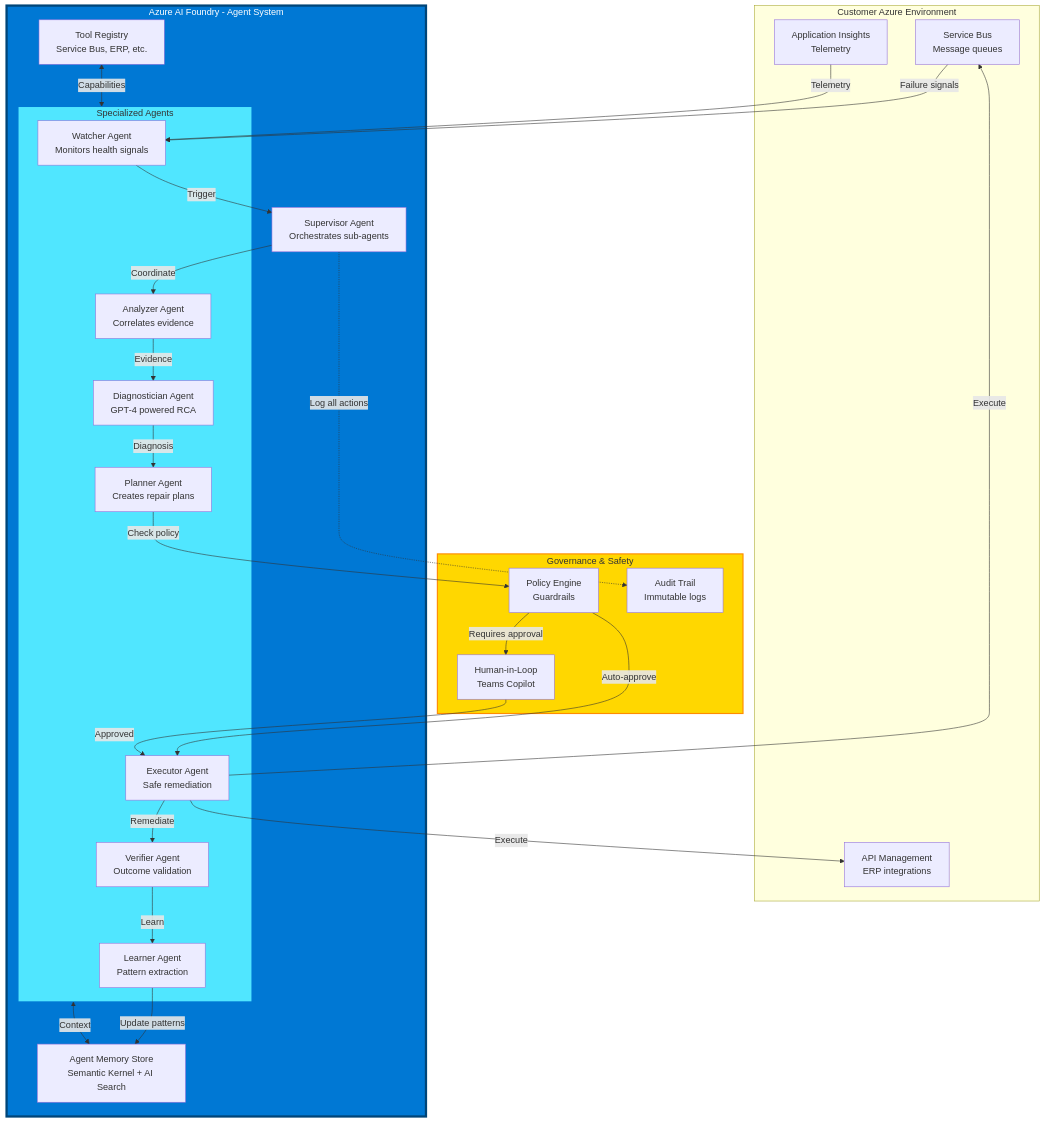
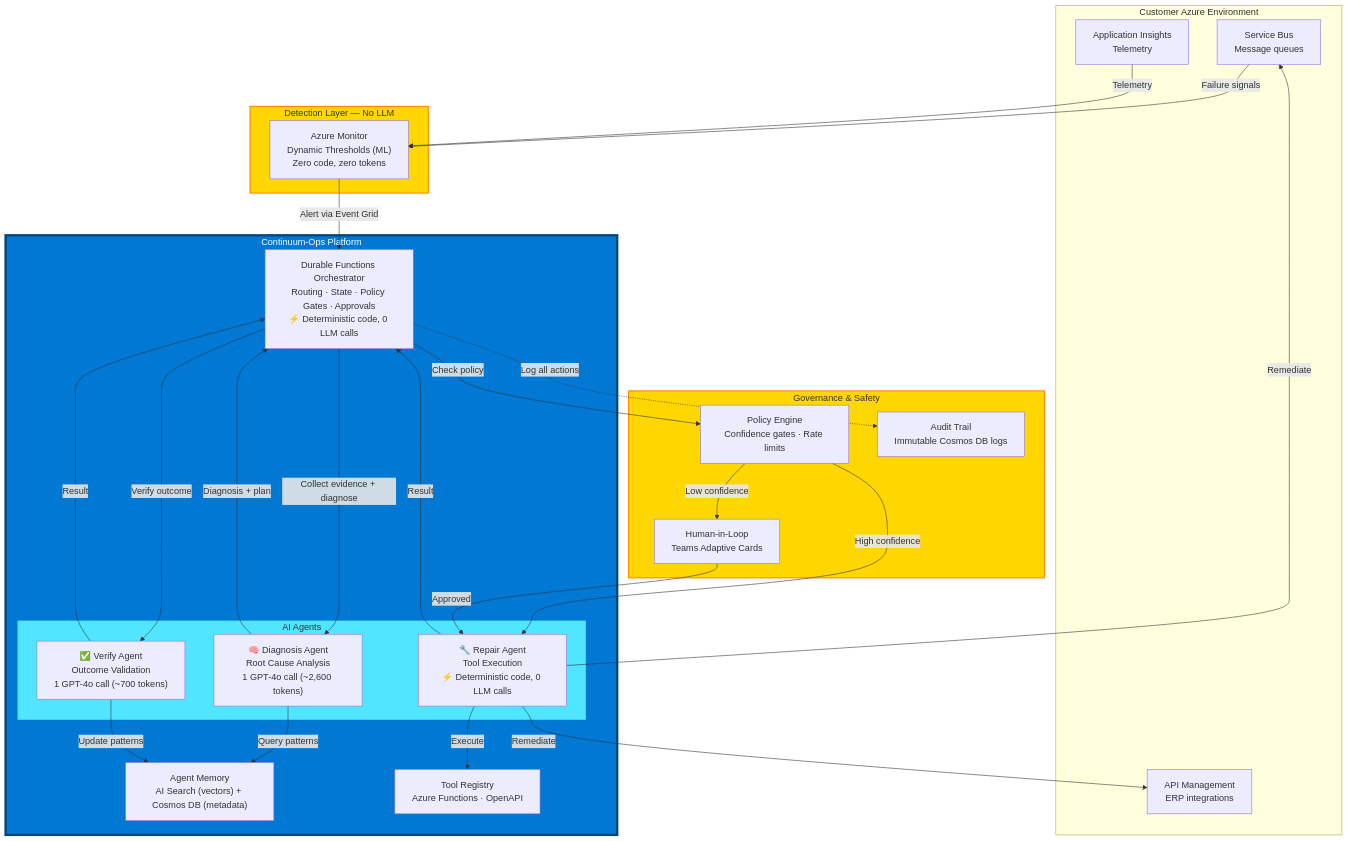
The third of 6 diagrams in docs/00-Product-Overview.md (mayankgupta7673/Continuum-Ops), drawn with Mermaid before and after one commit. The commit also changed other lines of this file and 6 other files, not shown here.

Commit message:
Fixed architecture issues and add justifications

````diff
--- a/docs/00-Product-Overview.md
+++ b/docs/00-Product-Overview.md
@@ -88,58 +89,60 @@
 ```mermaid
 graph TB
     subgraph CustomerEnvironment[Customer Azure Environment]
         SERVICEBUS[Service Bus<br/>Message queues]
         APIM[API Management<br/>ERP integrations]
         APPINSIGHTS[Application Insights<br/>Telemetry]
     end
     
-    subgraph AIFoundryAgents[Azure AI Foundry - Agent System]
-        SUPERVISOR["Supervisor Agent<br/>Orchestrates sub-agents"]
+    subgraph Detection[Detection Layer — No LLM]
+        AZMON["Azure Monitor<br/>Dynamic Thresholds (ML)<br/>Zero code, zero tokens"]
+    end
+    
+    subgraph Platform[Continuum-Ops Platform]
+        ORCH["Durable Functions Orchestrator<br/>Routing · State · Policy Gates · Approvals<br/>⚡ Deterministic code, 0 LLM calls"]
         
-        subgraph SpecializedAgents[Specialized Agents]
-            WATCHER["Watcher Agent<br/>Monitors health signals"]
-            ANALYZER["Analyzer Agent<br/>Correlates evidence"]
-            DIAGNOSTICIAN["Diagnostician Agent<br/>GPT-4 powered RCA"]
-            PLANNER["Planner Agent<br/>Creates repair plans"]
-            EXECUTOR["Executor Agent<br/>Safe remediation"]
-            VERIFIER["Verifier Agent<br/>Outcome validation"]
-            LEARNER["Learner Agent<br/>Pattern extraction"]
+        subgraph Agents[AI Agents]
+            DIAG["🧠 Diagnosis Agent<br/>Root Cause Analysis<br/>1 GPT-4o call (~2,600 tokens)"]
+            REPAIR["🔧 Repair Agent<br/>Tool Execution<br/>⚡ Deterministic code, 0 LLM calls"]
+            VERIFY["✅ Verify Agent<br/>Outcome Validation<br/>1 GPT-4o call (~700 tokens)"]
         end
         
-        MEMORY["Agent Memory Store<br/>Semantic Kernel + AI Search"]
-        TOOLS["Tool Registry<br/>Service Bus, ERP, etc."]
+        MEMORY["Agent Memory<br/>AI Search (vectors) + Cosmos DB (metadata)"]
+        TOOLS["Tool Registry<br/>Azure Functions · OpenAPI"]
     end
     
     subgraph Governance[Governance & Safety]
-        POLICY["Policy Engine<br/>Guardrails"]
-        APPROVAL["Human-in-Loop<br/>Teams Copilot"]
-        AUDIT["Audit Trail<br/>Immutable logs"]
+        POLICY["Policy Engine<br/>Confidence gates · Rate limits"]
+        APPROVAL["Human-in-Loop<br/>Teams Adaptive Cards"]
+        AUDIT["Audit Trail<br/>Immutable Cosmos DB logs"]
     end
     
-    SERVICEBUS -->|Failure signals| WATCHER
-    APPINSIGHTS -->|Telemetry| WATCHER
+    SERVICEBUS -->|Failure signals| AZMON
+    APPINSIGHTS -->|Telemetry| AZMON
     
-    WATCHER -->|Trigger| SUPERVISOR
-    SUPERVISOR -->|Coordinate| ANALYZER
-    ANALYZER -->|Evidence| DIAGNOSTICIAN
-    DIAGNOSTICIAN -->|Diagnosis| PLANNER
-    PLANNER -->|Check policy| POLICY
-    POLICY -->|Requires approval| APPROVAL
-    POLICY -->|Auto-approve| EXECUTOR
-    APPROVAL -->|Approved| EXECUTOR
-    EXECUTOR -->|Remediate| VERIFIER
-    VERIFIER -->|Learn| LEARNER
-    LEARNER -->|Update patterns| MEMORY
+    AZMON -->|Alert via Event Grid| ORCH
+    ORCH -->|Collect evidence + diagnose| DIAG
+    DIAG -->|Query patterns| MEMORY
+    DIAG -->|Diagnosis + plan| ORCH
     
-    MEMORY <-->|Context| SpecializedAgents
-    TOOLS <-->|Capabilities| SpecializedAgents
+    ORCH -->|Check policy| POLICY
+    POLICY -->|High confidence| REPAIR
+    POLICY -->|Low confidence| APPROVAL
+    APPROVAL -->|Approved| REPAIR
     
-    EXECUTOR -->|Execute| SERVICEBUS
-    EXECUTOR -->|Execute| APIM
+    REPAIR -->|Execute| TOOLS
+    REPAIR -->|Remediate| SERVICEBUS
+    REPAIR -->|Remediate| APIM
+    REPAIR -->|Result| ORCH
     
-    SUPERVISOR -.->|Log all actions| AUDIT
+    ORCH -->|Verify outcome| VERIFY
+    VERIFY -->|Update patterns| MEMORY
+    VERIFY -->|Result| ORCH
     
-    style AIFoundryAgents fill:#0078d4,stroke:#004578,stroke-width:4px,color:#fff
-    style SpecializedAgents fill:#50e6ff,stroke:#0078d4,stroke-width:2px
+    ORCH -.->|Log all actions| AUDIT
+    
+    style Detection fill:#FFD700,stroke:#FF8C00,stroke-width:2px
+    style Platform fill:#0078d4,stroke:#004578,stroke-width:4px,color:#fff
+    style Agents fill:#50e6ff,stroke:#0078d4,stroke-width:2px
     style Governance fill:#FFD700,stroke:#FF8C00,stroke-width:2px
 ```
````
